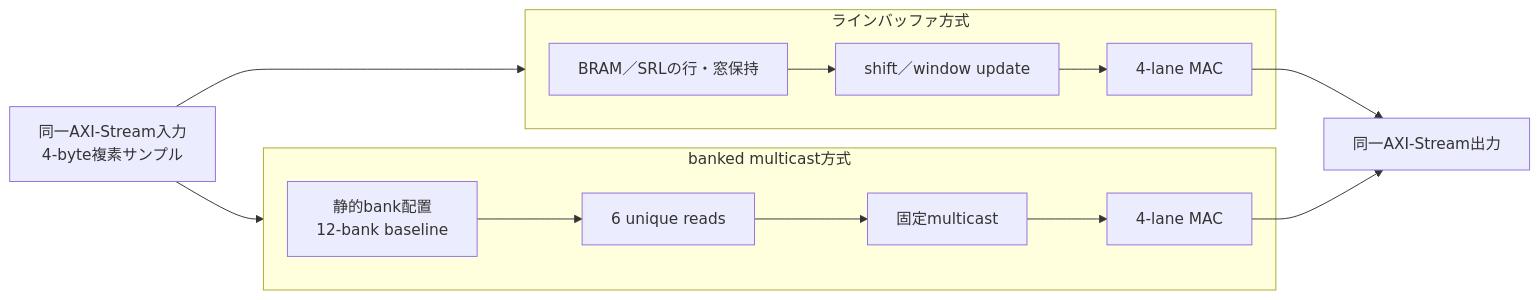
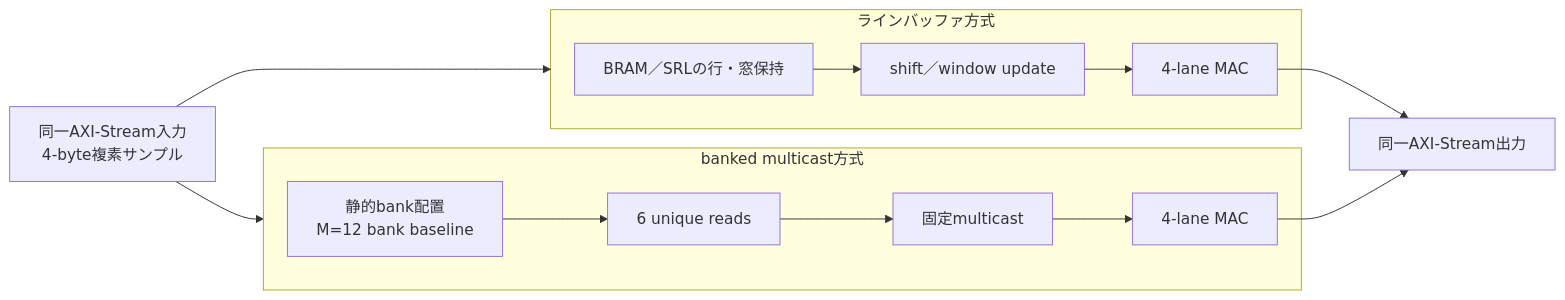
The diagram in docs/concepts/fpga-linebuffer-comparison.md (HN19781124/banked-stencil-multicast), drawn with Mermaid before and after one commit. The commit also changed other lines of this file and 36 other files, not shown here.

````diff
--- a/docs/concepts/fpga-linebuffer-comparison.md
+++ b/docs/concepts/fpga-linebuffer-comparison.md
@@ -9,23 +9,23 @@
 ```mermaid
 flowchart LR
     IN[同一AXI-Stream入力<br/>4-byte複素サンプル] --> LB
     IN --> BM
 
     subgraph LB[ラインバッファ方式]
         LB0[BRAM／SRLの行・窓保持]
         LB1[shift／window update]
         LB2[4-lane MAC]
         LB0 --> LB1 --> LB2
     end
 
     subgraph BM[banked multicast方式]
-        BM0[静的bank配置<br/>12-bank baseline]
+        BM0[静的bank配置<br/>M=12 bank baseline]
         BM1[6 unique reads]
         BM2[固定multicast]
         BM3[4-lane MAC]
         BM0 --> BM1 --> BM2 --> BM3
     end
 
     LB2 --> OUT[同一AXI-Stream出力]
     BM3 --> OUT
 ```
````
